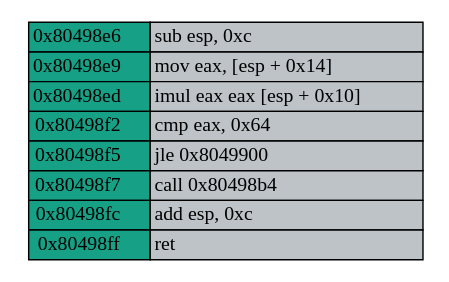
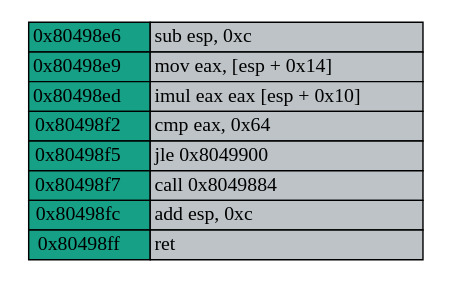
One commit to Nicolnegg/researh changed the diagram in VM/tools-paper/Examples/example-mul-a-b-gt-100/function_cfg.dot. Above: the diagram before and after it, drawn with Graphviz. The commit also changed 57 other files, not shown here.

```diff
--- a/VM/tools-paper/Examples/example-mul-a-b-gt-100/function_cfg.dot
+++ b/VM/tools-paper/Examples/example-mul-a-b-gt-100/function_cfg.dot
@@ -1,17 +1,17 @@
 digraph G {
   node [shape=plaintext, ];
   937280693 [label=<<table border="0" cellspacing="0">
 <tr><td border="1" bgcolor="#16a085">0x80498e6</td><td border="1" bgcolor="#bdc3c7" align="left">sub esp, 0xc</td></tr>
 <tr><td border="1" bgcolor="#16a085">0x80498e9</td><td border="1" bgcolor="#bdc3c7" align="left">mov eax, [esp + 0x14]</td></tr>
 <tr><td border="1" bgcolor="#16a085">0x80498ed</td><td border="1" bgcolor="#bdc3c7" align="left">imul eax eax [esp + 0x10]</td></tr>
 <tr><td border="1" bgcolor="#16a085">0x80498f2</td><td border="1" bgcolor="#bdc3c7" align="left">cmp eax, 0x64</td></tr>
 <tr><td border="1" bgcolor="#16a085">0x80498f5</td><td border="1" bgcolor="#bdc3c7" align="left">jle 0x8049900</td></tr>
-<tr><td border="1" bgcolor="#16a085">0x80498f7</td><td border="1" bgcolor="#bdc3c7" align="left">call 0x80498b4</td></tr>
+<tr><td border="1" bgcolor="#16a085">0x80498f7</td><td border="1" bgcolor="#bdc3c7" align="left">call 0x8049884</td></tr>
 <tr><td border="1" bgcolor="#16a085">0x80498fc</td><td border="1" bgcolor="#bdc3c7" align="left">add esp, 0xc</td></tr>
 <tr><td border="1" bgcolor="#16a085">0x80498ff</td><td border="1" bgcolor="#bdc3c7" align="left">ret</td></tr>
 </table>>,
              ];
   
   
   
   }
```
